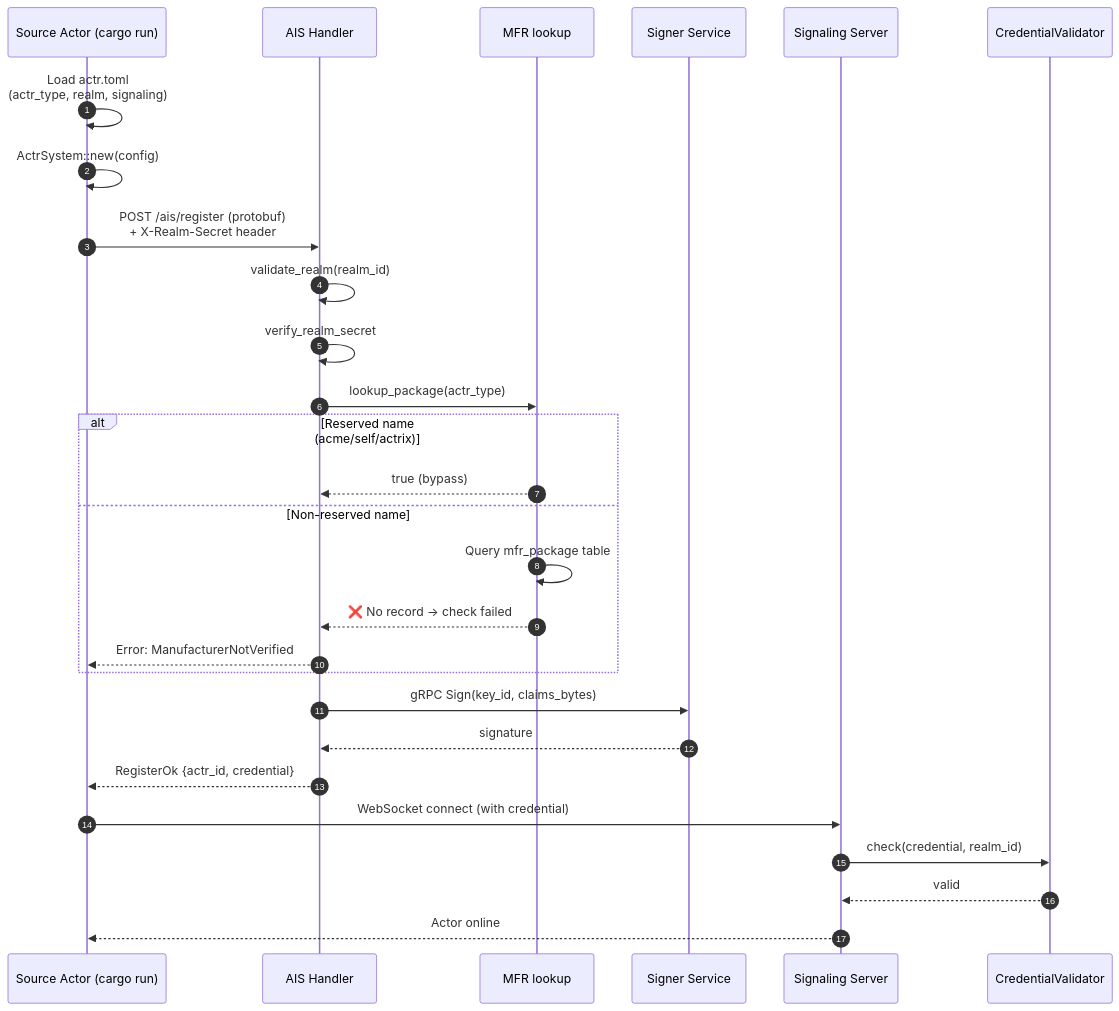
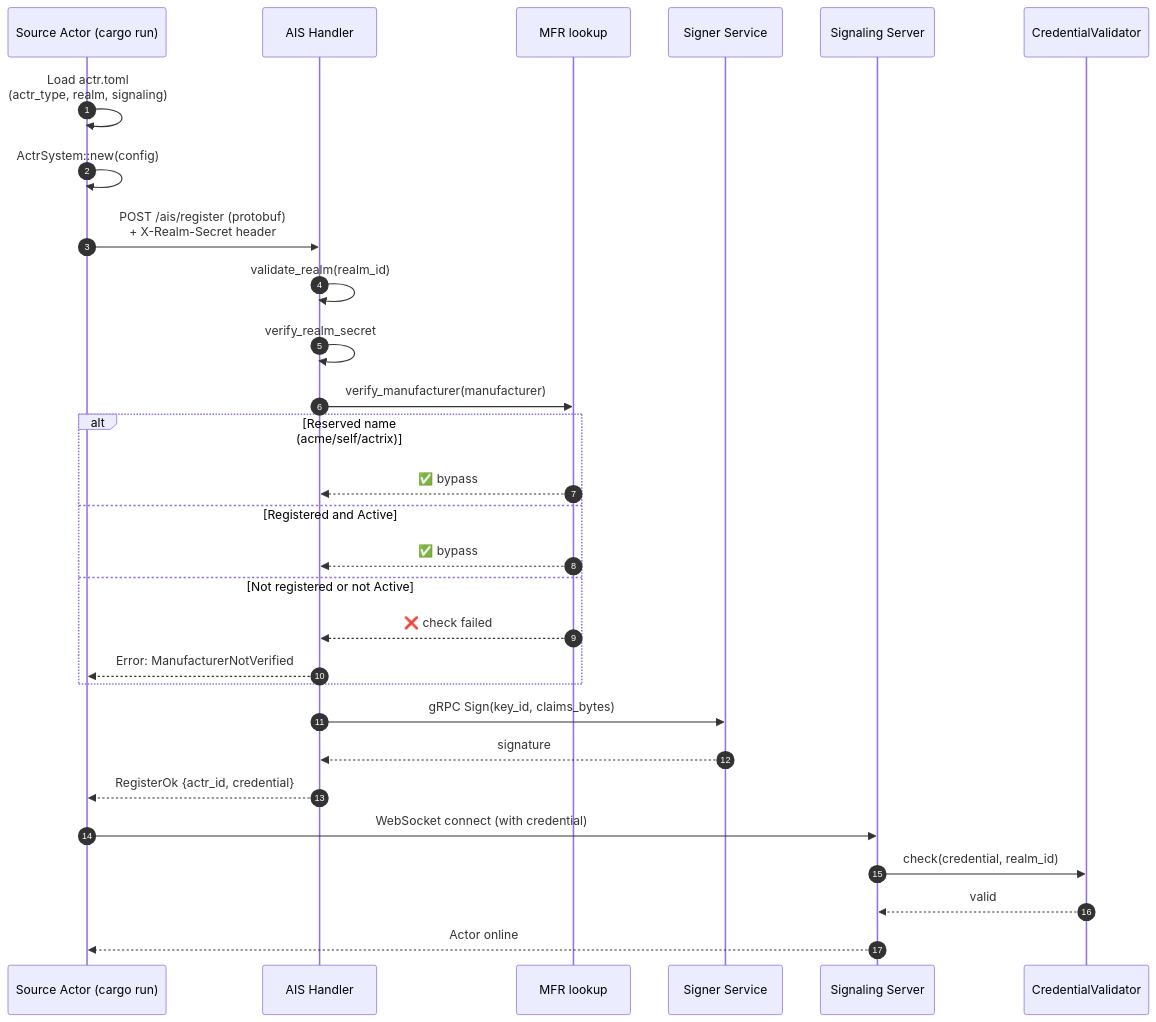
Before and after one commit to Actrium/actr: the ninth of 9 diagrams in docs/actr-sign-sequence-diagram.md, drawn with Mermaid. The commit also changed other lines of this file and 1 other file, not shown here.

Commit message:
docs: update known issues with verify_manufacturer, package distribution, and solutions

````diff
--- a/docs/actr-sign-sequence-diagram.md
+++ b/docs/actr-sign-sequence-diagram.md
@@ -310,31 +314,32 @@
 ```mermaid
 sequenceDiagram
     autonumber
     participant App as Source Actor (cargo run)
     participant AIS as AIS Handler
     participant MFR as MFR lookup
     participant Signer as Signer Service
     participant Signaling as Signaling Server
     participant Validator as CredentialValidator
 
     App->>App: Load actr.toml<br/>(actr_type, realm, signaling)
     App->>App: ActrSystem::new(config)
     App->>AIS: POST /ais/register (protobuf)<br/>+ X-Realm-Secret header
     AIS->>AIS: validate_realm(realm_id)
     AIS->>AIS: verify_realm_secret
-    AIS->>MFR: lookup_package(actr_type)
+    AIS->>MFR: verify_manufacturer(manufacturer)
     alt Reserved name (acme/self/actrix)
-        MFR-->>AIS: true (bypass)
-    else Non-reserved name
-        MFR->>MFR: Query mfr_package table
-        MFR-->>AIS: ❌ No record → check failed
+        MFR-->>AIS: ✅ bypass
+    else Registered and Active
+        MFR-->>AIS: ✅ bypass
+    else Not registered or not Active
+        MFR-->>AIS: ❌ check failed
         AIS-->>App: Error: ManufacturerNotVerified
     end
     AIS->>Signer: gRPC Sign(key_id, claims_bytes)
     Signer-->>AIS: signature
     AIS-->>App: RegisterOk {actr_id, credential}
     App->>Signaling: WebSocket connect (with credential)
     Signaling->>Validator: check(credential, realm_id)
     Validator-->>Signaling: valid
     Signaling-->>App: Actor online
 ```
````
